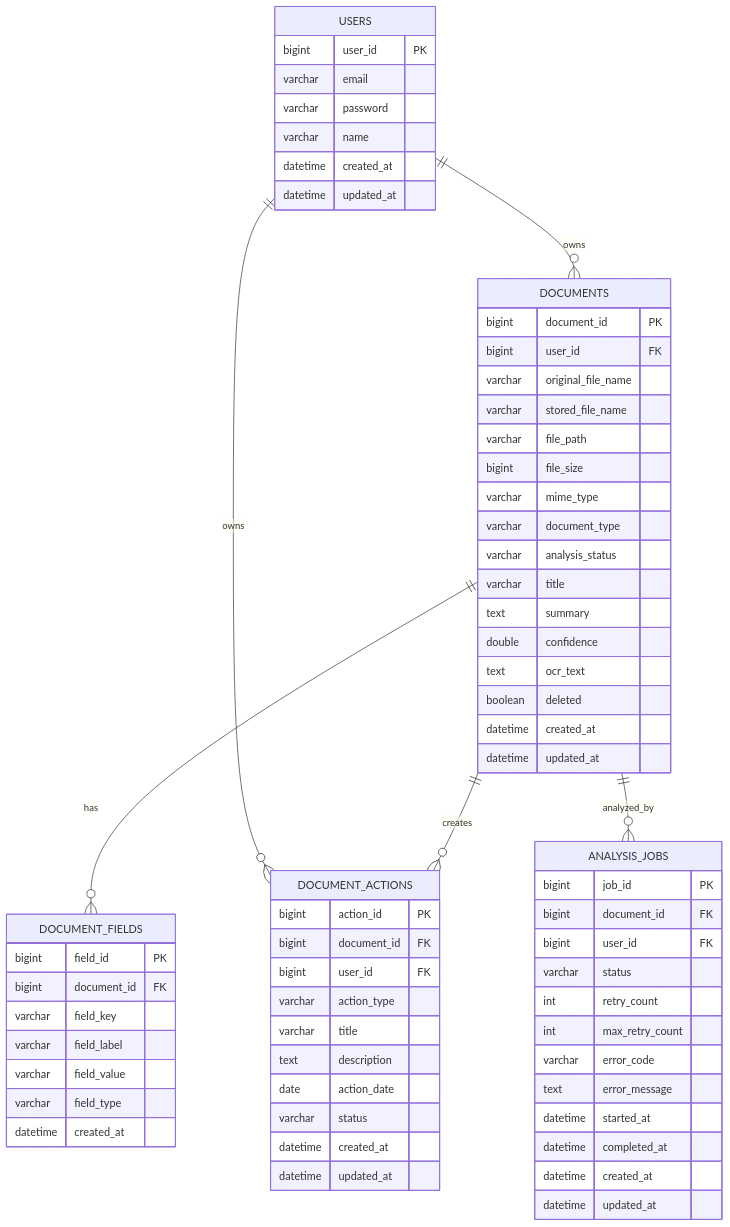
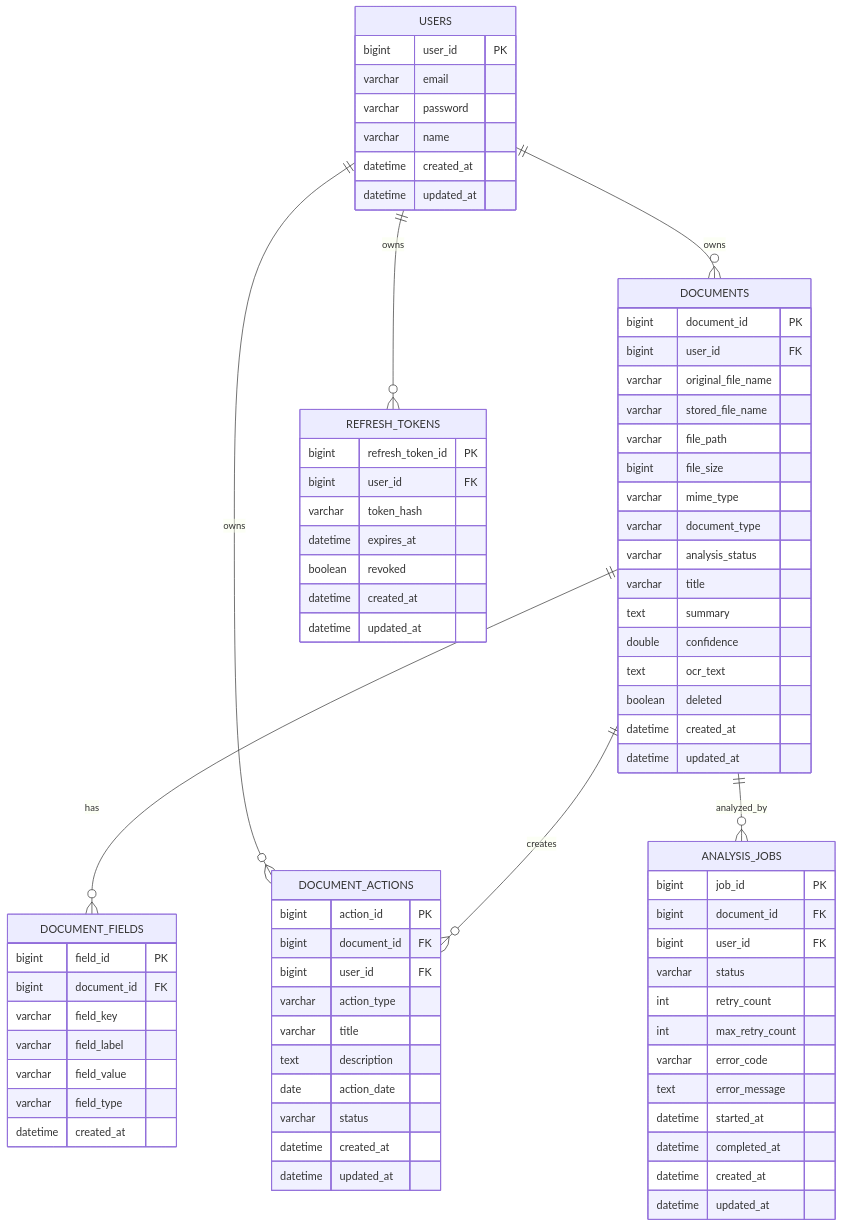
One commit to oseokk/docuaction-ai changed the diagram in docs/erd.md. Above: the diagram before and after it, drawn with Mermaid. The commit also changed other lines of this file and 13 other files, not shown here.

Commit message:
Add refresh token rotation

```diff
--- a/docs/erd.md
+++ b/docs/erd.md
@@ -6,6 +6,7 @@
 erDiagram
     USERS ||--o{ DOCUMENTS : owns
     USERS ||--o{ DOCUMENT_ACTIONS : owns
+    USERS ||--o{ REFRESH_TOKENS : owns
     DOCUMENTS ||--o{ DOCUMENT_FIELDS : has
     DOCUMENTS ||--o{ DOCUMENT_ACTIONS : creates
     DOCUMENTS ||--o{ ANALYSIS_JOBS : analyzed_by
@@ -15,6 +16,16 @@
         varchar email
         varchar password
         varchar name
+        datetime created_at
+        datetime updated_at
+    }
+
+    REFRESH_TOKENS {
+        bigint refresh_token_id PK
+        bigint user_id FK
+        varchar token_hash
+        datetime expires_at
+        boolean revoked
         datetime created_at
         datetime updated_at
     }
```
